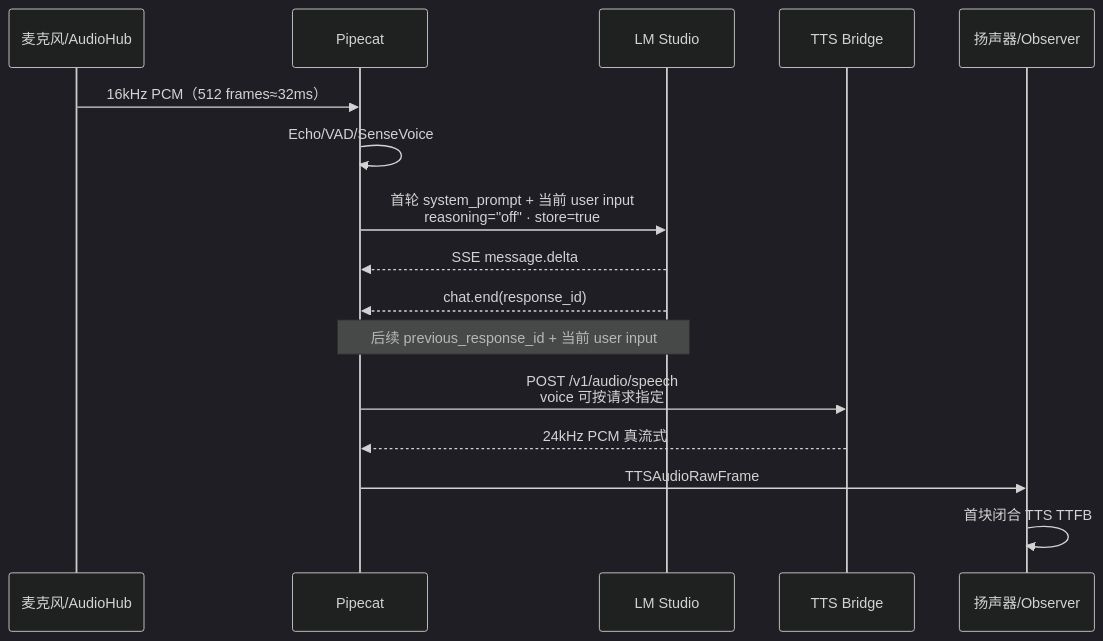
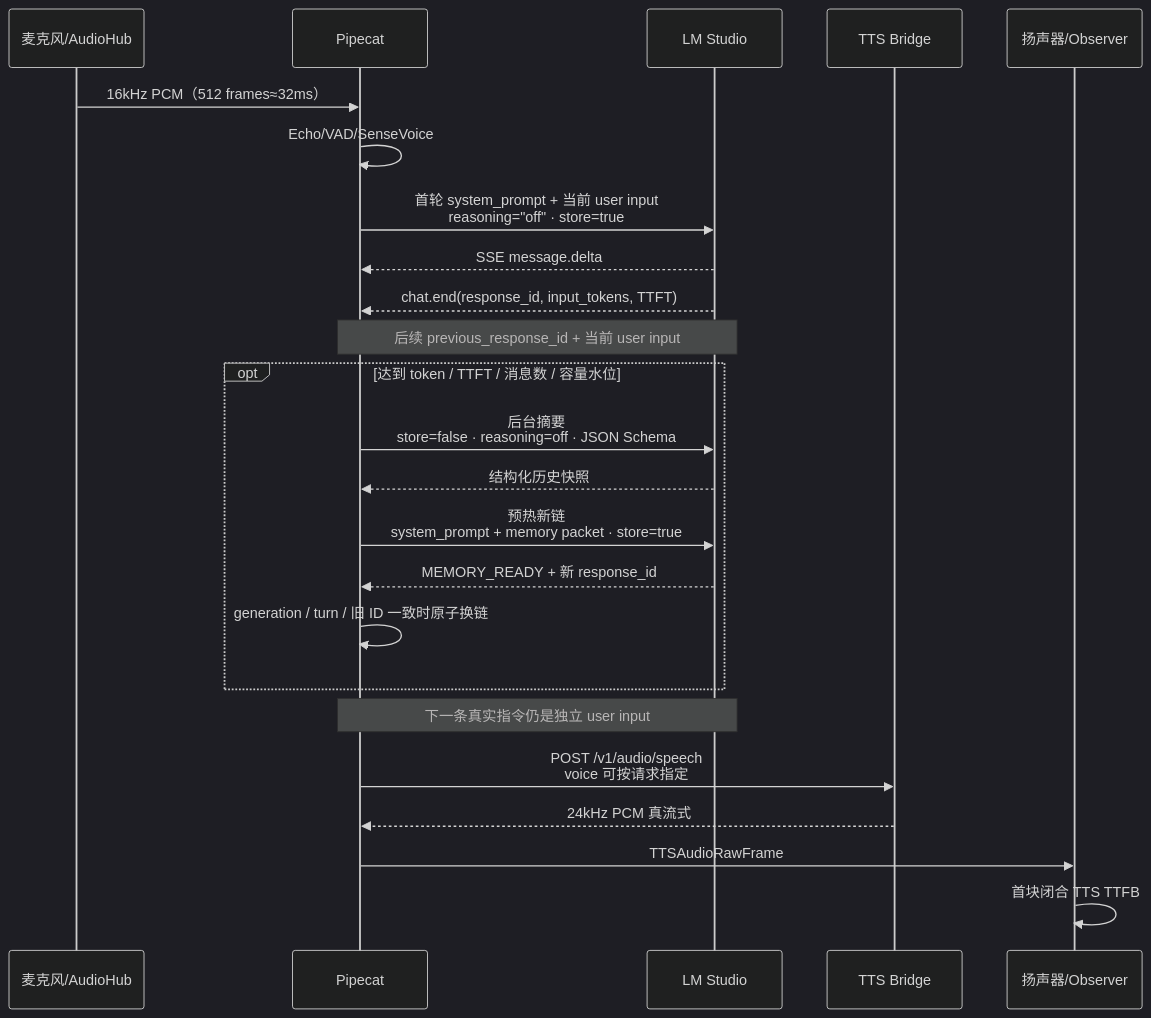
One commit to hrygo/voice-realtime changed the third of 6 diagrams in docs/架构图与流程图.md. Above: the diagram before and after it, drawn with Mermaid (dark theme). The commit also changed other lines of this file and 4 other files, not shown here.

````diff
--- a/docs/架构图与流程图.md
+++ b/docs/架构图与流程图.md
@@ -82,19 +82,27 @@
 ```mermaid
 sequenceDiagram
     participant M as 麦克风/AudioHub
     participant P as Pipecat
     participant L as LM Studio
     participant T as TTS Bridge
     participant O as 扬声器/Observer
 
     M->>P: 16kHz PCM（512 frames≈32ms）
     P->>P: Echo/VAD/SenseVoice
     P->>L: 首轮 system_prompt + 当前 user input<br/>reasoning="off" · store=true
     L-->>P: SSE message.delta
-    L-->>P: chat.end(response_id)
+    L-->>P: chat.end(response_id, input_tokens, TTFT)
     Note over P,L: 后续 previous_response_id + 当前 user input
+    opt 达到 token / TTFT / 消息数 / 容量水位
+        P->>L: 后台摘要<br/>store=false · reasoning=off · JSON Schema
+        L-->>P: 结构化历史快照
+        P->>L: 预热新链<br/>system_prompt + memory packet · store=true
+        L-->>P: MEMORY_READY + 新 response_id
+        P->>P: generation / turn / 旧 ID 一致时原子换链
+    end
+    Note over P,L: 下一条真实指令仍是独立 user input
     P->>T: POST /v1/audio/speech<br/>voice 可按请求指定
     T-->>P: 24kHz PCM 真流式
     P->>O: TTSAudioRawFrame
     O->>O: 首块闭合 TTS TTFB
 ```
````
